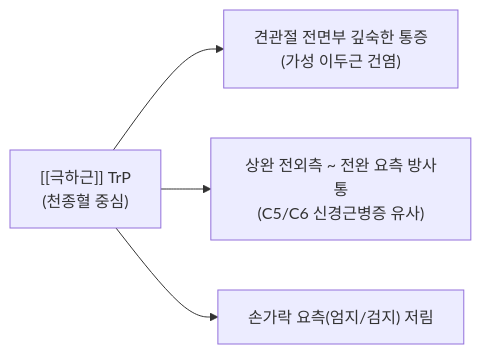
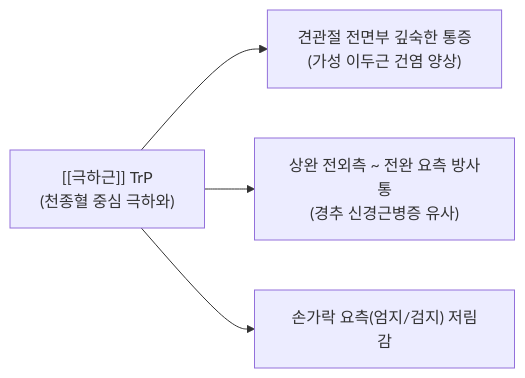
One commit to simbio11/simbio-digital-garden2 changed the third of 3 diagrams in content/1. 근골격계 공부/근육/(4) 어깨/극하근.md. Above: the diagram before and after it, drawn with Mermaid. The commit also changed other lines of this file and 150 other files, not shown here.

````diff
--- a/content/1. 근골격계 공부/근육/(4) 어깨/극하근.md
+++ b/content/1. 근골격계 공부/근육/(4) 어깨/극하근.md
@@ -71,9 +85,6 @@
 ```mermaid
 flowchart LR
-    TP["[[극하근]] TrP
-(천종혈 중심)"] --> Zone1["견관절 전면부 깊숙한 통증
-(가성 이두근 건염)"]
-    TP --> Zone2["상완 전외측 ~ 전완 요측 방사통
-(C5/C6 신경근병증 유사)"]
-    TP --> Zone3["손가락 요측(엄지/검지) 저림"]
+    TP["[[극하근]] TrP<br>(천종혈 중심 극하와)"] --> Zone1["견관절 전면부 깊숙한 통증<br>(가성 이두근 건염 양상)"]
+    TP --> Zone2["상완 전외측 ~ 전완 요측 방사통<br>(경추 신경근병증 유사)"]
+    TP --> Zone3["손가락 요측(엄지/검지) 저림감"]
 ```
````
